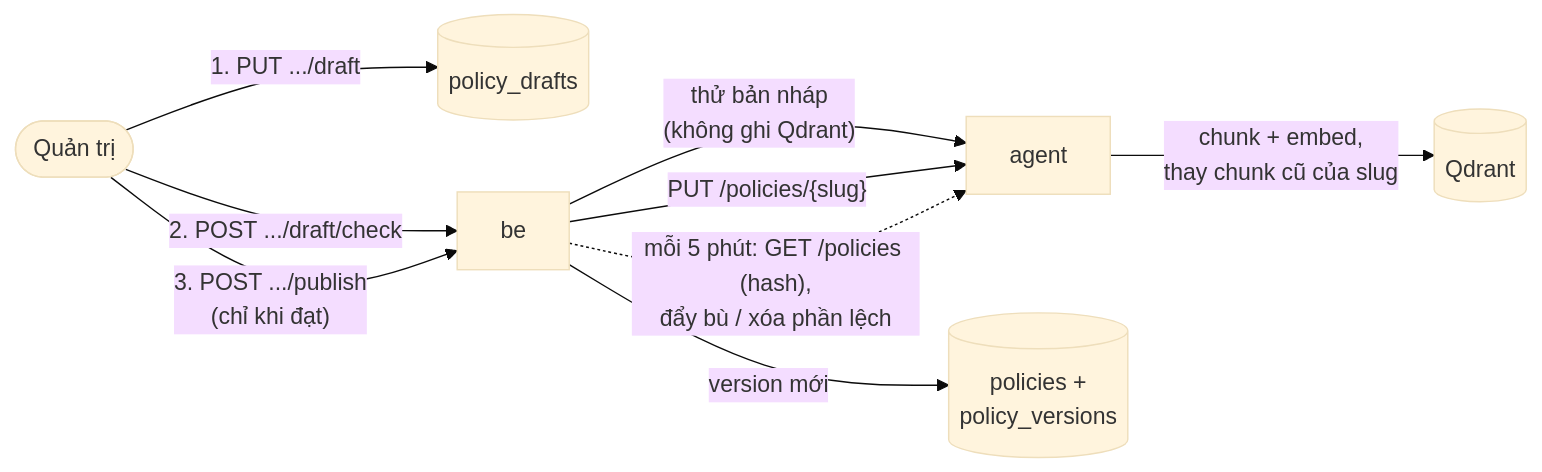
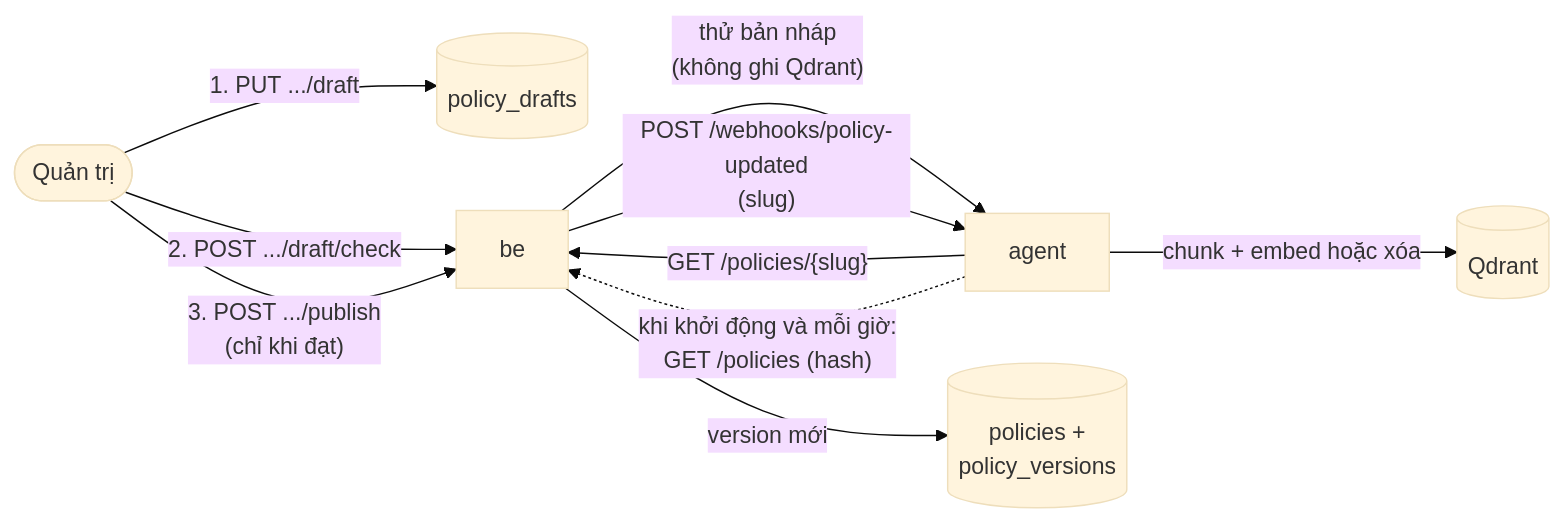
The fourth of 5 diagrams in README.md (vu-wspace/sales_agent), drawn with Mermaid (base theme) before and after one commit. The commit also changed other lines of this file and 22 other files, not shown here.

Commit message:
Separate backend data access and reconcile policy webhooks

````diff
--- a/README.md
+++ b/README.md
@@ -570,8 +568,10 @@
 ```mermaid
 flowchart LR
     admin(["Quản trị"]) -- "1. PUT .../draft" --> draft[("policy_drafts")]
     admin -- "2. POST .../draft/check" --> be["be"] -- "thử bản nháp<br/>(không ghi Qdrant)" --> agent["agent"]
     admin -- "3. POST .../publish<br/>(chỉ khi đạt)" --> be -- "version mới" --> pg[("policies +<br/>policy_versions")]
-    be -- "PUT /policies/{slug}" --> agent -- "chunk + embed,<br/>thay chunk cũ của slug" --> qdrant[("Qdrant")]
-    be -. "mỗi 5 phút: GET /policies (hash),<br/>đẩy bù / xóa phần lệch" .-> agent
+    be -- "POST /webhooks/policy-updated<br/>(slug)" --> agent
+    agent -- "GET /policies/{slug}" --> be
+    agent -- "chunk + embed hoặc xóa" --> qdrant[("Qdrant")]
+    agent -. "khi khởi động và mỗi giờ:<br/>GET /policies (hash)" .-> be
 ```
````
